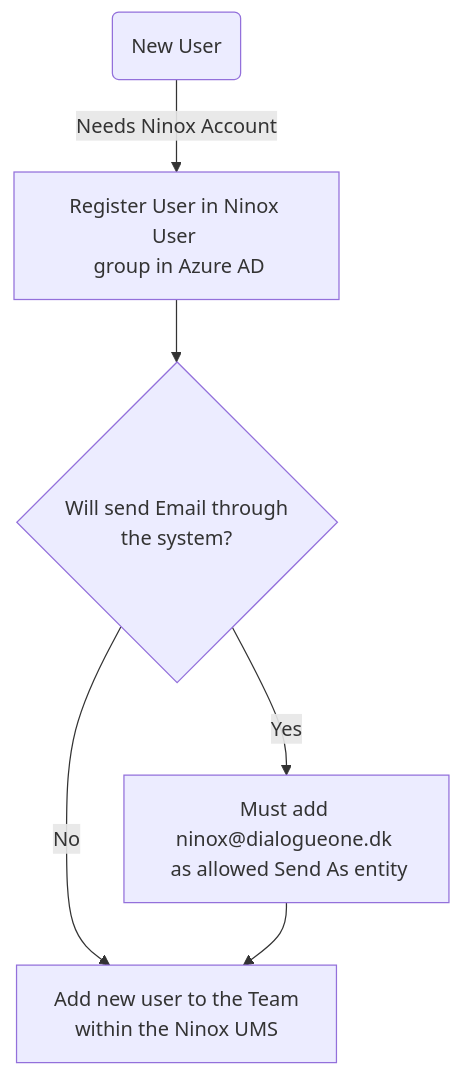
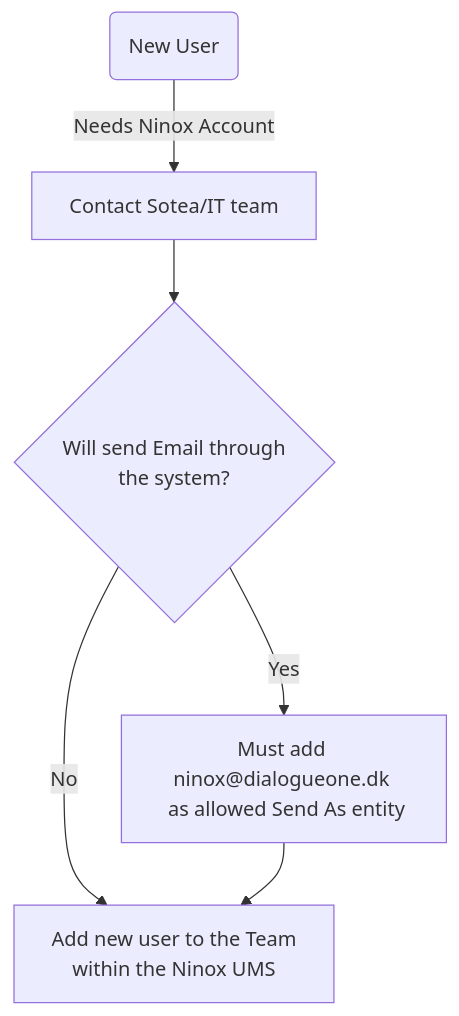
Before and after one commit to dialogueone-dev/IT-documentation: the diagram in HowTo/add_user.md, drawn with Mermaid. The commit also changed other lines of this file, not shown here.

Commit message:
updated add Ninox user

````diff
--- a/HowTo/add_user.md
+++ b/HowTo/add_user.md
@@ -18,8 +18,8 @@
 ```mermaid
 flowchart TD
-    A(New User) -->|Needs Ninox Account| T[Register User in Ninox User \n group in Azure AD]
+    A(New User) -->|Needs Ninox Account| T[Contact Sotea/IT team]
     T --> C{Will send Email through \n the system?}
     C -->|Yes| D["Must add ninox@dialogueone.dk" \n as allowed Send As entity]
     C -->|No| G[Add new user to the Team \n within the Ninox UMS]
     D-->G
 ```
````
